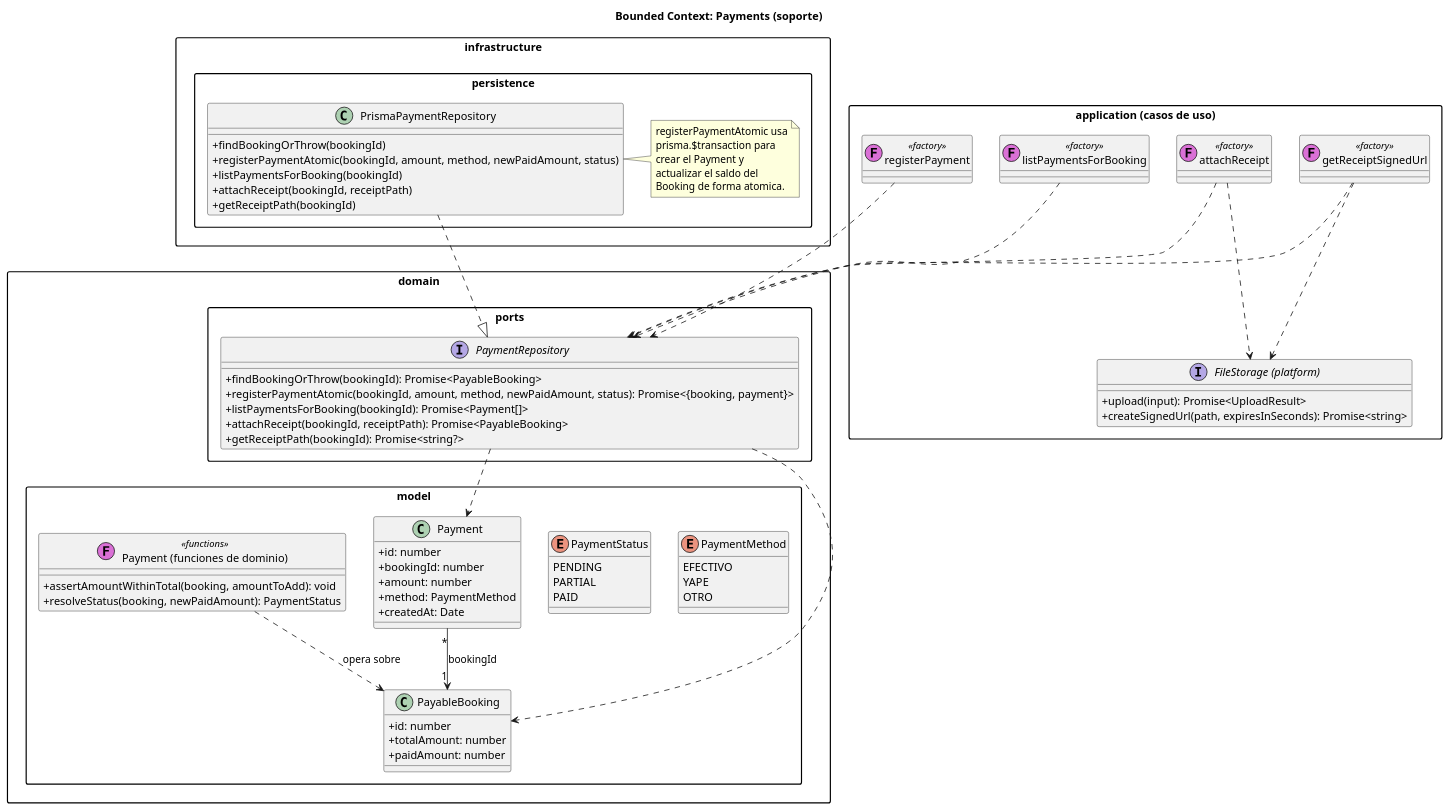
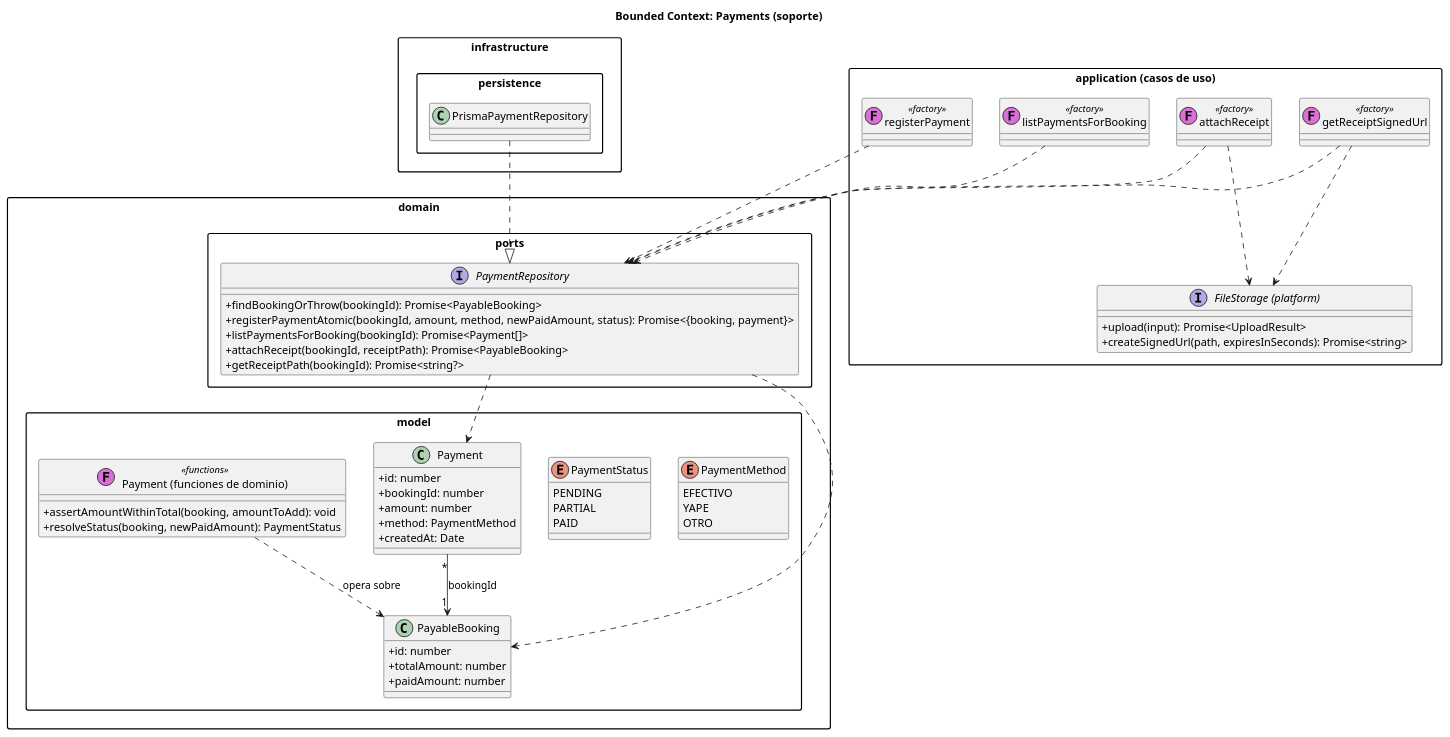
One commit to brianna-salinas/la-canchita-de-carlos-backend changed the diagram in docs/diagrams/payments.puml. Above: the diagram before and after it, drawn with PlantUML. The commit also changed 475 other files, not shown here.

Commit message:
Agrega flujo de olvide-contraseña, corrige tildes y regenera diagramas de clase

```diff
--- a/docs/diagrams/payments.puml
+++ b/docs/diagrams/payments.puml
@@ -1,94 +1,81 @@
 @startuml payments-context
 title Bounded Context: Payments (soporte)
 
 skinparam classAttributeIconSize 0
 skinparam packageStyle rectangle
 
 package "domain.model" {
   enum PaymentMethod {
     EFECTIVO
     YAPE
     OTRO
   }
 
   enum PaymentStatus {
     PENDING
     PARTIAL
     PAID
   }
 
   class Payment {
     +id: number
     +bookingId: number
     +amount: number
     +method: PaymentMethod
     +createdAt: Date
   }
 
   class PayableBooking {
     +id: number
     +totalAmount: number
     +paidAmount: number
   }
 
   class "Payment (funciones de dominio)" as PaymentRules << (F,orchid) functions >> {
     +assertAmountWithinTotal(booking, amountToAdd): void
     +resolveStatus(booking, newPaidAmount): PaymentStatus
   }
 
   Payment "*" --> "1" PayableBooking : bookingId
   PaymentRules ..> PayableBooking : opera sobre
 }
 
 package "domain.ports" {
   interface PaymentRepository {
     +findBookingOrThrow(bookingId): Promise<PayableBooking>
     +registerPaymentAtomic(bookingId, amount, method, newPaidAmount, status): Promise<{booking, payment}>
     +listPaymentsForBooking(bookingId): Promise<Payment[]>
     +attachReceipt(bookingId, receiptPath): Promise<PayableBooking>
     +getReceiptPath(bookingId): Promise<string?>
   }
 
   PaymentRepository ..> Payment
   PaymentRepository ..> PayableBooking
 }
 
 package "infrastructure.persistence" {
-  class PrismaPaymentRepository {
-    +findBookingOrThrow(bookingId)
-    +registerPaymentAtomic(bookingId, amount, method, newPaidAmount, status)
-    +listPaymentsForBooking(bookingId)
-    +attachReceipt(bookingId, receiptPath)
-    +getReceiptPath(bookingId)
-  }
+  class PrismaPaymentRepository
 
   PrismaPaymentRepository ..|> PaymentRepository
-  note right of PrismaPaymentRepository
-    registerPaymentAtomic usa
-    prisma.$transaction para
-    crear el Payment y
-    actualizar el saldo del
-    Booking de forma atomica.
-  end note
 }
 
 package "application (casos de uso)" {
   class registerPayment << (F,orchid) factory >>
   class attachReceipt << (F,orchid) factory >>
   class getReceiptSignedUrl << (F,orchid) factory >>
   class listPaymentsForBooking << (F,orchid) factory >>
 
   interface "FileStorage (platform)" as FileStorage {
     +upload(input): Promise<UploadResult>
     +createSignedUrl(path, expiresInSeconds): Promise<string>
   }
 
   registerPayment ..> PaymentRepository
   attachReceipt ..> PaymentRepository
   attachReceipt ..> FileStorage
   getReceiptSignedUrl ..> PaymentRepository
   getReceiptSignedUrl ..> FileStorage
   listPaymentsForBooking ..> PaymentRepository
 }
 
 @enduml
```
